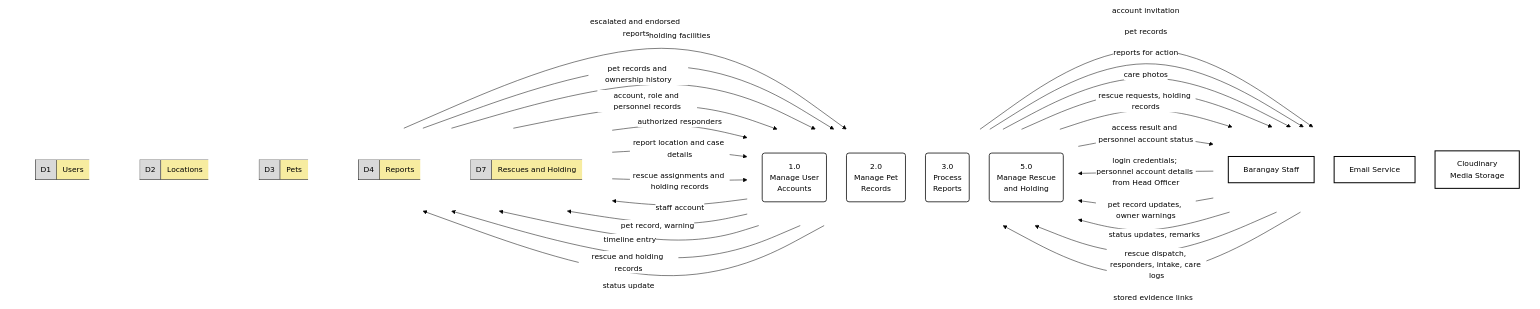
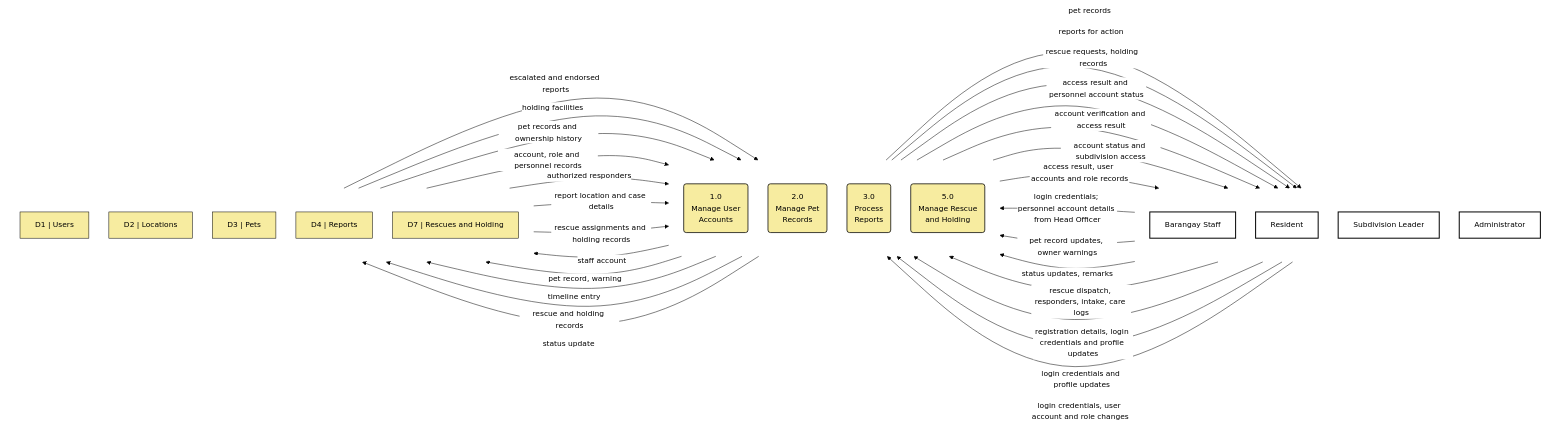
The fifth of 8 diagrams in docs/DFD/02_LEVEL1_DFD_BY_ROLE.md (Otivz/Straysafe2.0), drawn with Mermaid before and after one commit. The commit also changed other lines of this file and 81 other files, not shown here.

```diff
--- a/docs/DFD/02_LEVEL1_DFD_BY_ROLE.md
+++ b/docs/DFD/02_LEVEL1_DFD_BY_ROLE.md
@@ -437,8 +446,9 @@
     subgraph COL1[" "]
         direction TB
         STF["Barangay Staff"]:::ent
-        EML["Email Service"]:::ent
-        CLD["Cloudinary<br/>Media Storage"]:::ent
+        RES["Resident"]:::ent
+        LDR["Subdivision Leader"]:::ent
+        ADM["Administrator"]:::ent
     end
     subgraph COL2[" "]
         direction TB
@@ -449,17 +459,17 @@
     end
     subgraph COL3[" "]
         direction TB
-        D1["<table style='border-collapse:collapse;border-spacing:0;border:1px solid black;border-right:0;color:black'><tr><td style='border-right:1px solid black;background:rgb(217,217,217);padding:8px 10px;white-space:nowrap'>D1</td><td style='background:rgb(247,236,160);padding:8px 12px;white-space:nowrap'>Users</td></tr></table>"]:::store
-        D2["<table style='border-collapse:collapse;border-spacing:0;border:1px solid black;border-right:0;color:black'><tr><td style='border-right:1px solid black;background:rgb(217,217,217);padding:8px 10px;white-space:nowrap'>D2</td><td style='background:rgb(247,236,160);padding:8px 12px;white-space:nowrap'>Locations</td></tr></table>"]:::store
-        D3["<table style='border-collapse:collapse;border-spacing:0;border:1px solid black;border-right:0;color:black'><tr><td style='border-right:1px solid black;background:rgb(217,217,217);padding:8px 10px;white-space:nowrap'>D3</td><td style='background:rgb(247,236,160);padding:8px 12px;white-space:nowrap'>Pets</td></tr></table>"]:::store
-        D4["<table style='border-collapse:collapse;border-spacing:0;border:1px solid black;border-right:0;color:black'><tr><td style='border-right:1px solid black;background:rgb(217,217,217);padding:8px 10px;white-space:nowrap'>D4</td><td style='background:rgb(247,236,160);padding:8px 12px;white-space:nowrap'>Reports</td></tr></table>"]:::store
-        D7["<table style='border-collapse:collapse;border-spacing:0;border:1px solid black;border-right:0;color:black'><tr><td style='border-right:1px solid black;background:rgb(217,217,217);padding:8px 10px;white-space:nowrap'>D7</td><td style='background:rgb(247,236,160);padding:8px 12px;white-space:nowrap'>Rescues and Holding</td></tr></table>"]:::store
+        D1["D1 | Users"]:::store
+        D2["D2 | Locations"]:::store
+        D3["D3 | Pets"]:::store
+        D4["D4 | Reports"]:::store
+        D7["D7 | Rescues and Holding"]:::store
     end
     COL1 ~~~ COL2 ~~~ COL3
 
+    %% Plain-label Mermaid preview. Exact editable DFD symbols: ../drawio/DFD_editable.drawio
     %% Arrows carry data; dashed processes continue on another page.
     STF -->|"login credentials; personnel account details from Head Officer"| P1
-    P1 -->|"account invitation"| EML
     P1 -->|"staff account"| D1
     STF -->|"pet record updates, owner warnings"| P2
     P2 -->|"pet record, warning"| D3
@@ -470,21 +480,28 @@
     P3 -->|"timeline entry"| D4
     STF -->|"rescue dispatch, responders, intake, care logs"| P5
     D2 -->|"holding facilities"| P5
-    P5 -->|"care photos"| CLD
     P5 -->|"rescue and holding records"| D7
     P5 -->|"status update"| D4
     P5 -->|"rescue requests, holding records"| STF
     D3 -->|"pet records and ownership history"| P2
-    CLD -->|"stored evidence links"| P5
     D1 -->|"account, role and personnel records"| P1
     P1 -->|"access result and personnel account status"| STF
     D1 -->|"authorized responders"| P5
     D4 -->|"report location and case details"| P5
     D7 -->|"rescue assignments and holding records"| P5
 
+
+    %% Shared account process includes every authenticated human role.
+    RES -->|"registration details, login credentials and profile updates"| P1
+    P1 -->|"account verification and access result"| RES
+    LDR -->|"login credentials and profile updates"| P1
+    P1 -->|"account status and subdivision access"| LDR
+    ADM -->|"login credentials, user account and role changes"| P1
+    P1 -->|"access result, user accounts and role records"| ADM
+
     classDef ent fill:#ffffff,stroke:#000000,stroke-width:2px
-    classDef proc fill:#ffffff,stroke:#000000,stroke-width:1.5px
-    classDef store fill:transparent,stroke:none,padding:0px
+    classDef proc fill:#f7eca0,stroke:#000000,stroke-width:1.5px
+    classDef store fill:#f7eca0,stroke:#000000,stroke-width:1px
     classDef off fill:#ffffff,stroke:#000000,stroke-width:1px,stroke-dasharray:5 4
 
     style COL1 fill:transparent,stroke:none
```
